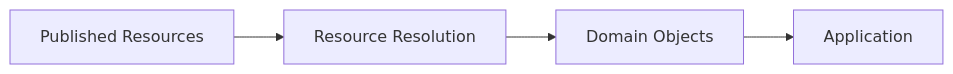
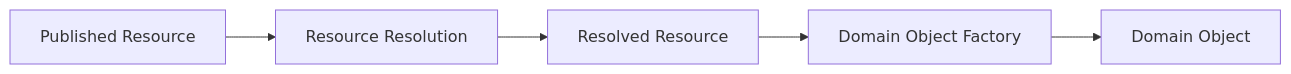
Before and after one commit to kjvonly/kjvonly.bible: the fifth of 6 diagrams in docs/PROJECT_CONTEXT.md, drawn with Mermaid. The commit also changed other lines of this file, not shown here.

````diff
--- a/docs/PROJECT_CONTEXT.md
+++ b/docs/PROJECT_CONTEXT.md
@@ -826,17 +842,21 @@
-```mermaid
+```mermaid id="cf40qh"
 flowchart LR
 
-    Resources["Published Resources"]
+    Published["Published Resource"]
 
     Resolution["Resource Resolution"]
 
-    Objects["Domain Objects"]
+    Resource["Resolved Resource"]
 
-    Application["Application"]
+    Factory["Domain Object Factory"]
 
-    Resources --> Resolution
+    DomainObject["Domain Object"]
 
-    Resolution --> Objects
+    Published --> Resolution
 
-    Objects --> Application
+    Resolution --> Resource
+
+    Resource --> Factory
+
+    Factory --> DomainObject
 ```
````
